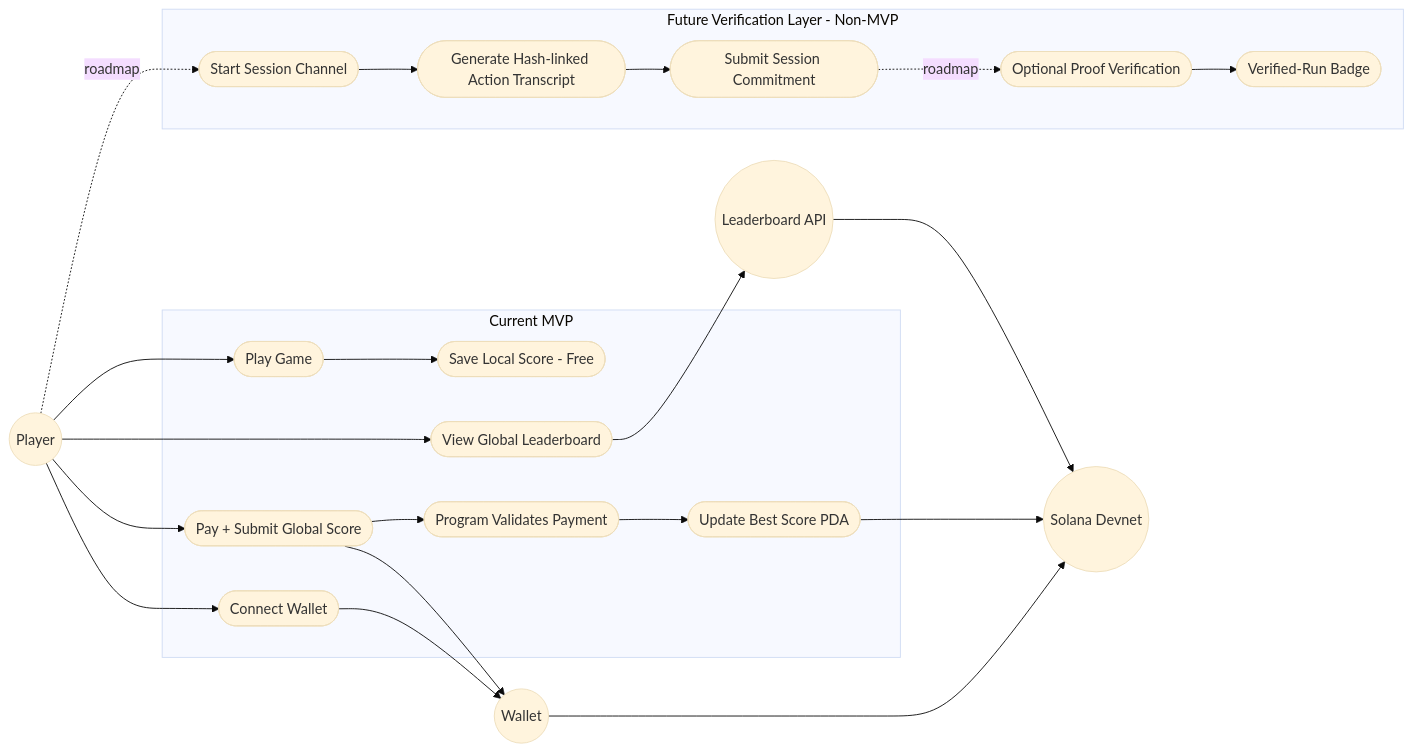
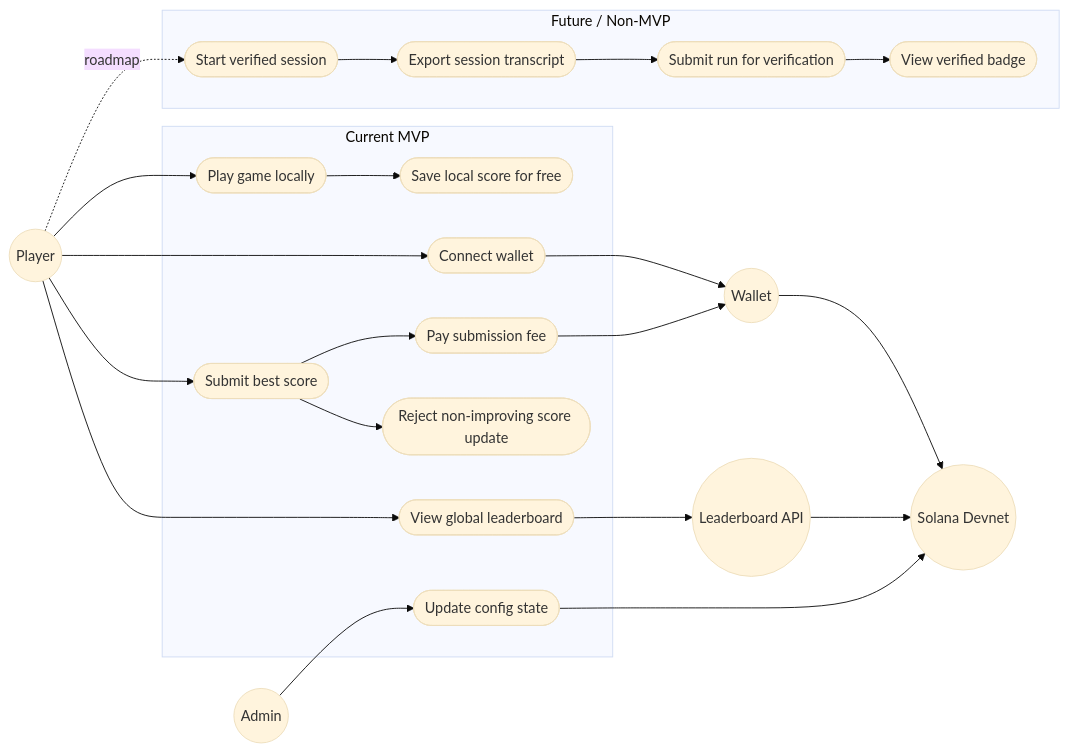
The diagram in docs/diagrams/use-case.md (watsoncsulahack/solana-private-microprompt), drawn with Mermaid (base theme) before and after one commit. The commit also changed 19 other files, not shown here.

Commit message:
docs: expand MVP clarifications, architecture rationale, trust model, and diagram set

````diff
--- a/docs/diagrams/use-case.md
+++ b/docs/diagrams/use-case.md
@@ -3,34 +3,35 @@
 ```mermaid
 flowchart LR
   Player((Player))
+  Admin((Admin))
   Wallet((Wallet))
   Chain((Solana Devnet))
   API((Leaderboard API))
 
   subgraph MVP[Current MVP]
-    UC1([Play Game])
-    UC2([Save Local Score - Free])
-    UC3([Connect Wallet])
-    UC4([Pay + Submit Global Score])
-    UC5([Program Validates Payment])
-    UC6([Update Best Score PDA])
-    UC7([View Global Leaderboard])
+    U1([Play game locally])
+    U2([Save local score for free])
+    U3([Connect wallet])
+    U4([Submit best score])
+    U5([Pay submission fee])
+    U6([Reject non-improving score update])
+    U7([View global leaderboard])
+    U8([Update config state])
   end
 
-  subgraph FUTURE[Future Verification Layer - Non-MVP]
-    UC8([Start Session Channel])
-    UC9([Generate Hash-linked Action Transcript])
-    UC10([Submit Session Commitment])
-    UC11([Optional Proof Verification])
-    UC12([Verified-Run Badge])
+  subgraph FUTURE[Future / Non-MVP]
+    F1([Start verified session])
+    F2([Export session transcript])
+    F3([Submit run for verification])
+    F4([View verified badge])
   end
 
-  Player --> UC1 --> UC2
-  Player --> UC3 --> Wallet
-  Player --> UC4 --> Wallet --> Chain
-  UC4 --> UC5 --> UC6 --> Chain
-  Player --> UC7 --> API --> Chain
+  Player --> U1 --> U2
+  Player --> U3 --> Wallet
+  Player --> U4 --> U5 --> Wallet --> Chain
+  U4 --> U6
+  Player --> U7 --> API --> Chain
+  Admin --> U8 --> Chain
 
-  Player -. roadmap .-> UC8 --> UC9 --> UC10
-  UC10 -. roadmap .-> UC11 --> UC12
+  Player -. roadmap .-> F1 --> F2 --> F3 --> F4
 ```
````
